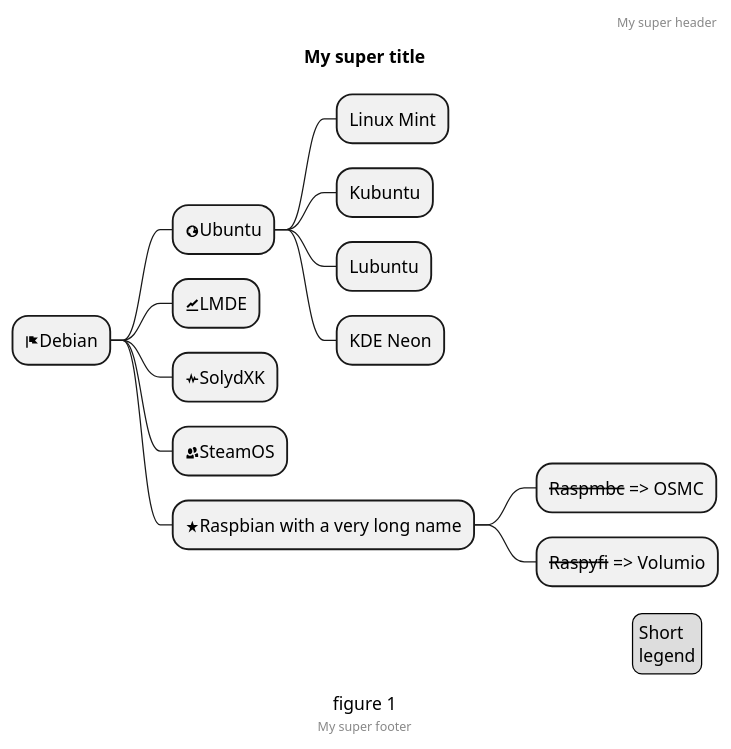
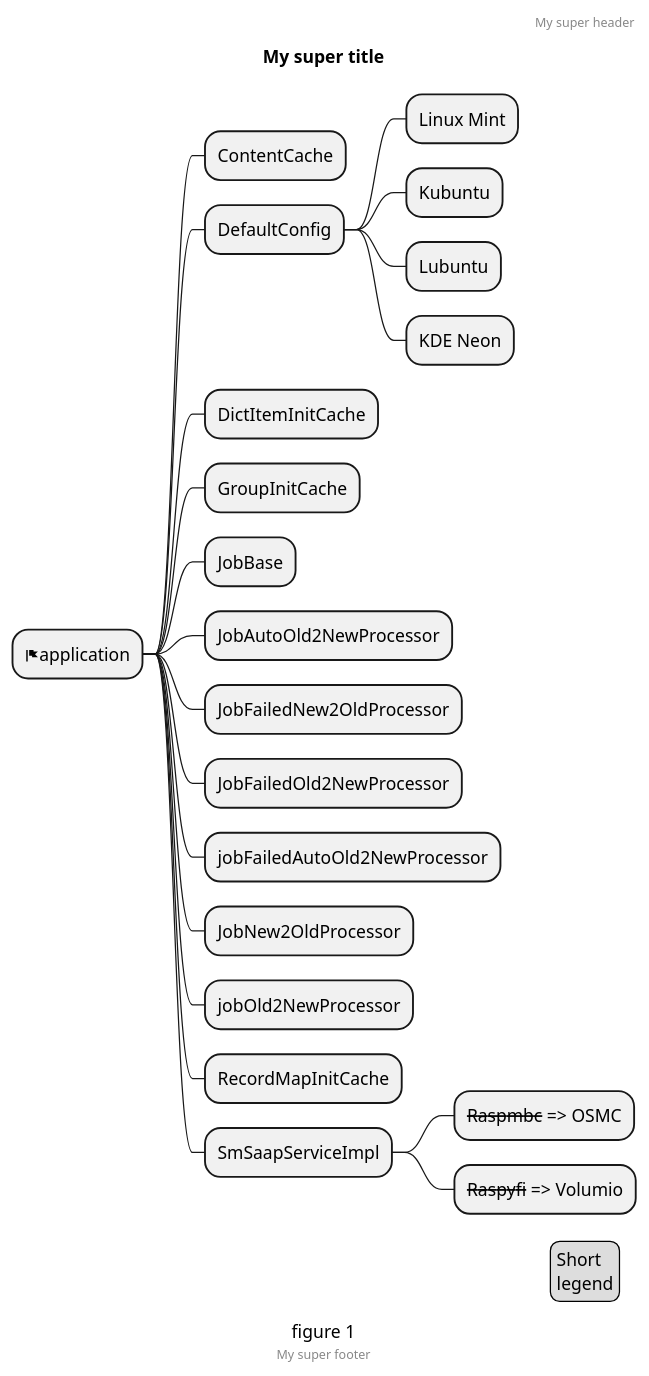
One commit to tommycom-sudo/isme-java-serve8 changed the diagram in src/main/resources/testMindMap.puml. Above: the diagram before and after it, drawn with PlantUML.

Commit message:
feat: 增加isync思维导图(PostConstruct)

```diff
--- a/src/main/resources/testMindMap.puml
+++ b/src/main/resources/testMindMap.puml
@@ -1,30 +1,39 @@
 @startmindmap
 'https://plantuml.com/mindmap-diagram
 
 caption figure 1
 title My super title
 
-* <&flag>Debian
-** <&globe>Ubuntu
+* <&flag>application
+** ContentCache
+** DefaultConfig
 *** Linux Mint
 *** Kubuntu
 *** Lubuntu
 *** KDE Neon
-** <&graph>LMDE
-** <&pulse>SolydXK
-** <&people>SteamOS
-** <&star>Raspbian with a very long name
+** DictItemInitCache
+** GroupInitCache
+** JobBase
+** JobAutoOld2NewProcessor
+** JobFailedNew2OldProcessor
+** JobFailedOld2NewProcessor
+** jobFailedAutoOld2NewProcessor
+** JobNew2OldProcessor
+** jobOld2NewProcessor
+** RecordMapInitCache
+** SmSaapServiceImpl
+
 *** <s>Raspmbc</s> => OSMC
 *** <s>Raspyfi</s> => Volumio
 
 header
 My super header
 endheader
 
 center footer My super footer
 
 legend right
   Short
   legend
 endlegend
 @endmindmap
```
